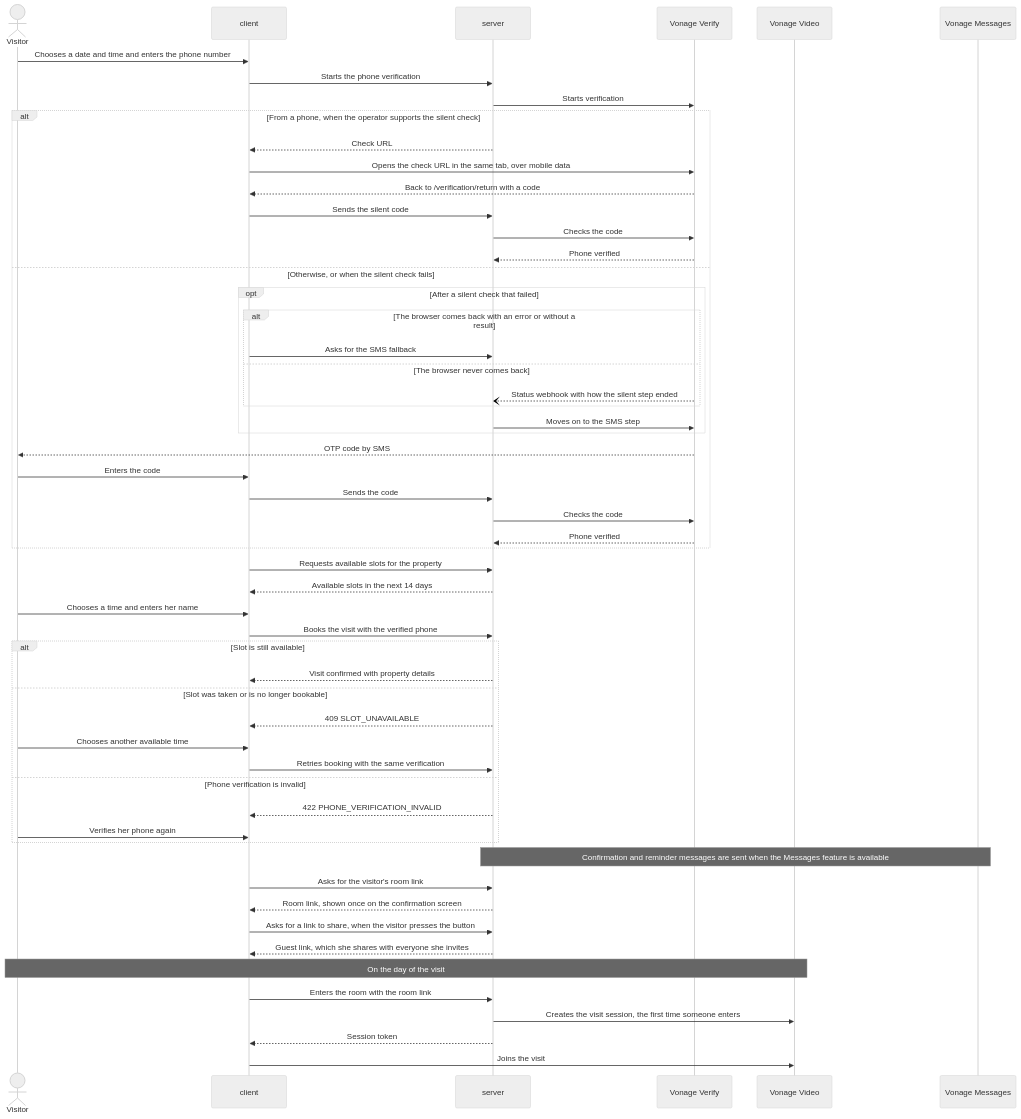
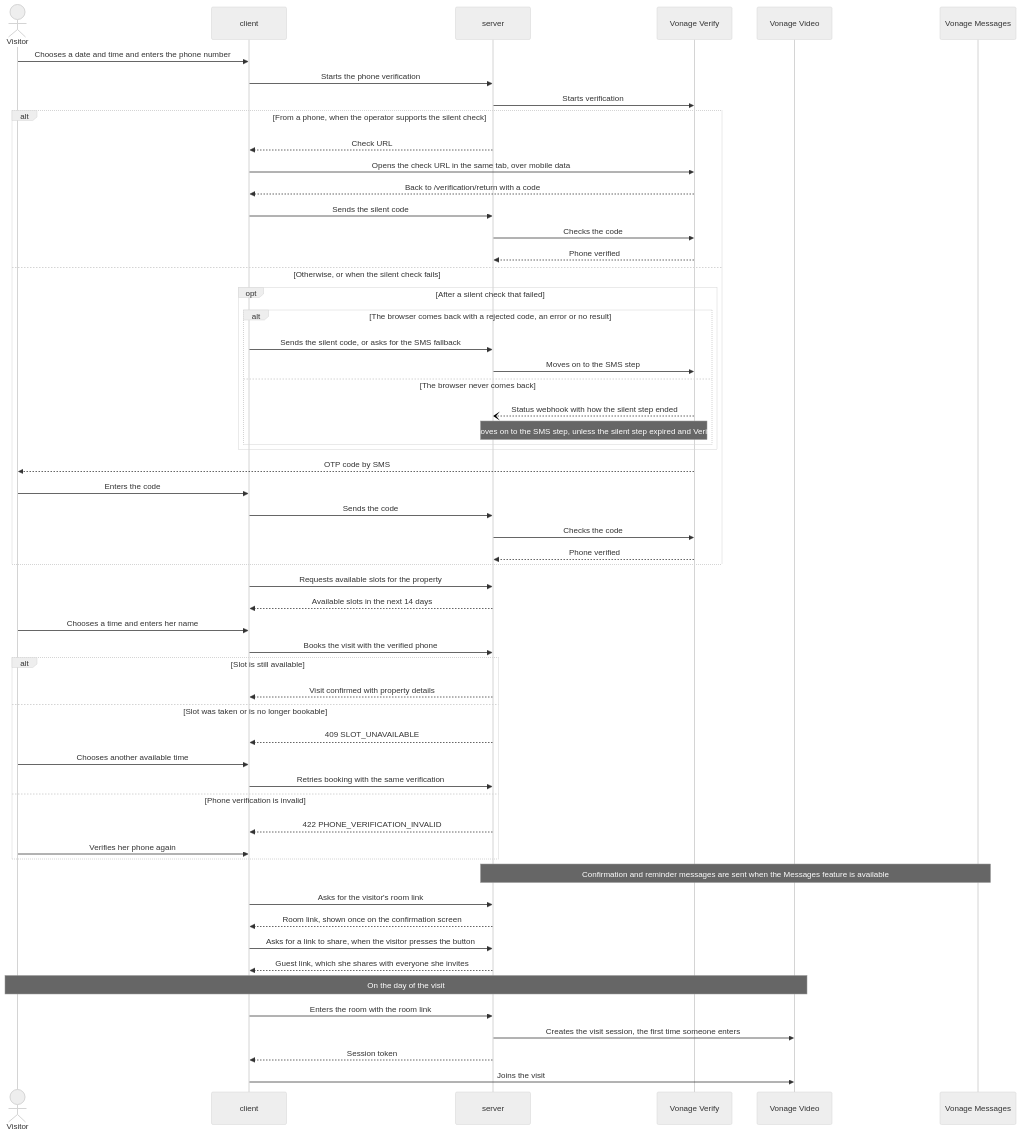
The second of 2 diagrams in docs/architecture/README.md (femCodersClub-vonage-program/secure-property-viewing), drawn with Mermaid (neutral theme) before and after one commit. The commit also changed 5 other files, not shown here.

````diff
--- a/docs/architecture/README.md
+++ b/docs/architecture/README.md
@@ -26,58 +26,59 @@
 ```mermaid
 sequenceDiagram
   actor V as Visitor
   participant C as client
   participant S as server
   participant VY as Vonage Verify
   participant VV as Vonage Video
   participant VM as Vonage Messages
   V->>C: Chooses a date and time and enters the phone number
   C->>S: Starts the phone verification
   S->>VY: Starts verification
   alt From a phone, when the operator supports the silent check
     S-->>C: Check URL
     C->>VY: Opens the check URL in the same tab, over mobile data
     VY-->>C: Back to /verification/return with a code
     C->>S: Sends the silent code
     S->>VY: Checks the code
     VY-->>S: Phone verified
   else Otherwise, or when the silent check fails
     opt After a silent check that failed
-      alt The browser comes back with an error or without a result
-        C->>S: Asks for the SMS fallback
+      alt The browser comes back with a rejected code, an error or no result
+        C->>S: Sends the silent code, or asks for the SMS fallback
+        S->>VY: Moves on to the SMS step
       else The browser never comes back
         VY--)S: Status webhook with how the silent step ended
+        Note over S,VY: The server moves on to the SMS step, unless the silent step expired and Verify already did
       end
-      S->>VY: Moves on to the SMS step
     end
     VY-->>V: OTP code by SMS
     V->>C: Enters the code
     C->>S: Sends the code
     S->>VY: Checks the code
     VY-->>S: Phone verified
   end
   C->>S: Requests available slots for the property
   S-->>C: Available slots in the next 14 days
   V->>C: Chooses a time and enters her name
   C->>S: Books the visit with the verified phone
   alt Slot is still available
     S-->>C: Visit confirmed with property details
   else Slot was taken or is no longer bookable
     S-->>C: 409 SLOT_UNAVAILABLE
     V->>C: Chooses another available time
     C->>S: Retries booking with the same verification
   else Phone verification is invalid
     S-->>C: 422 PHONE_VERIFICATION_INVALID
     V->>C: Verifies her phone again
   end
   Note over S,VM: Confirmation and reminder messages are sent when the Messages feature is available
   C->>S: Asks for the visitor's room link
   S-->>C: Room link, shown once on the confirmation screen
   C->>S: Asks for a link to share, when the visitor presses the button
   S-->>C: Guest link, which she shares with everyone she invites
   Note over V,VV: On the day of the visit
   C->>S: Enters the room with the room link
   S->>VV: Creates the visit session, the first time someone enters
   S-->>C: Session token
   C->>VV: Joins the visit
 ```
````
